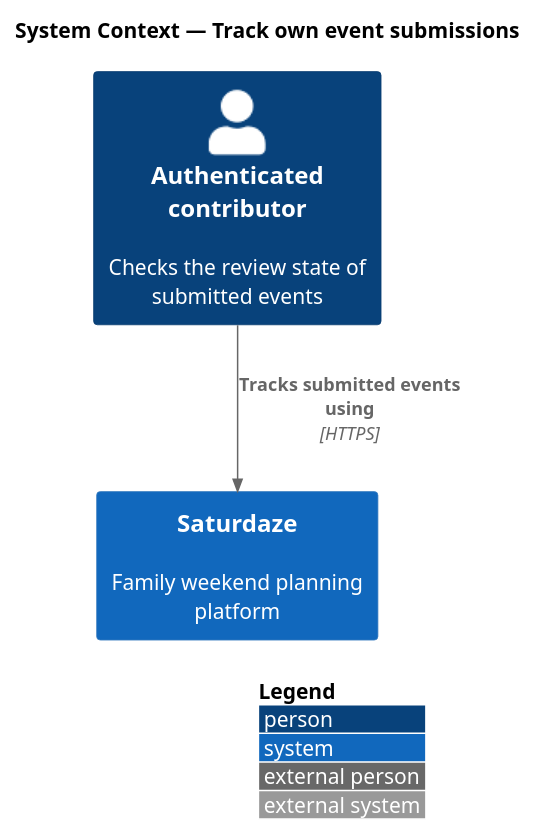
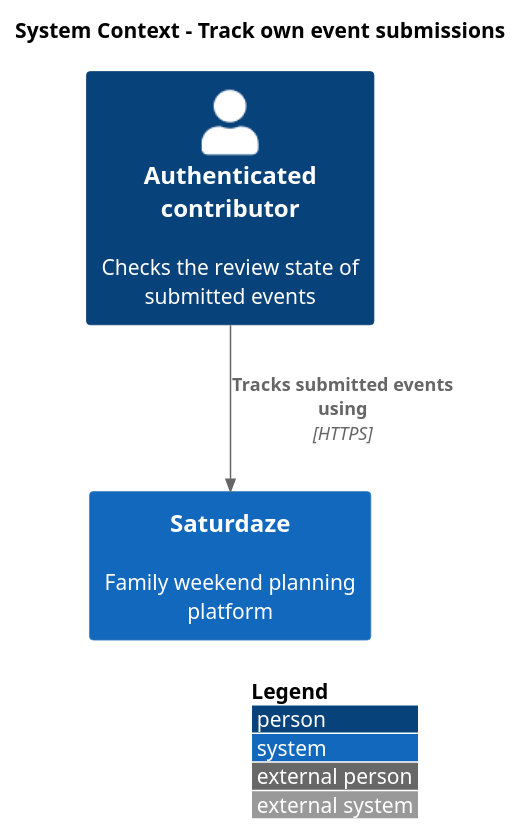
Before and after one commit to QuinntyneBrown/saturdaze: the diagram in docs/detailed-designs/discovery/track-own-event-submissions/diagrams/c4-context.puml, drawn with PlantUML. The commit also changed 289 other files, not shown here.

```diff
--- a/docs/detailed-designs/discovery/track-own-event-submissions/diagrams/c4-context.puml
+++ b/docs/detailed-designs/discovery/track-own-event-submissions/diagrams/c4-context.puml
@@ -1,9 +1,9 @@
 @startuml
 !include <C4/C4_Context>
 LAYOUT_WITH_LEGEND()
-title System Context — Track own event submissions
+title System Context - Track own event submissions
 
 Person(actor, "Authenticated contributor", "Checks the review state of submitted events")
 System(saturdaze, "Saturdaze", "Family weekend planning platform")
 Rel(actor, saturdaze, "Tracks submitted events using", "HTTPS")
 @enduml
```
